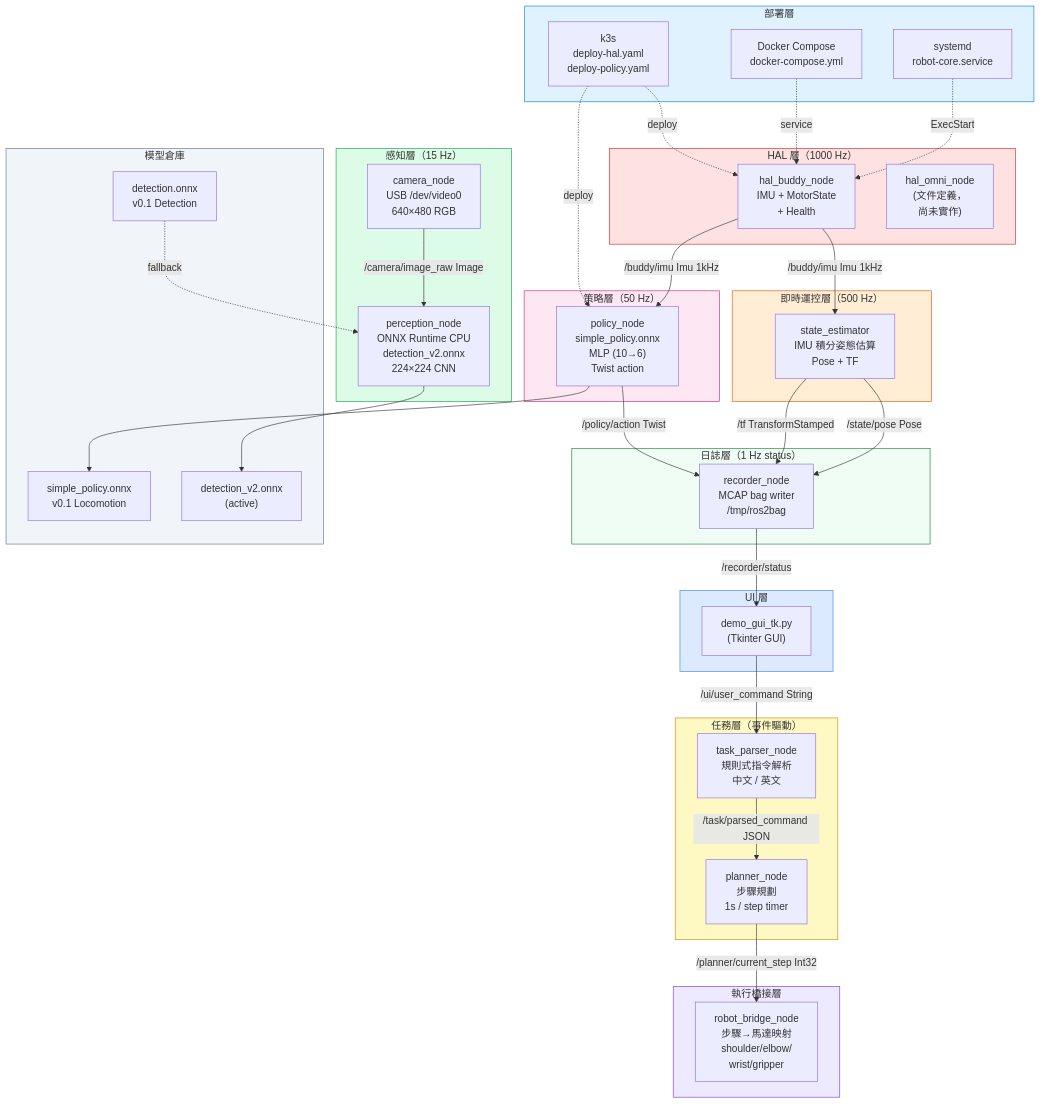
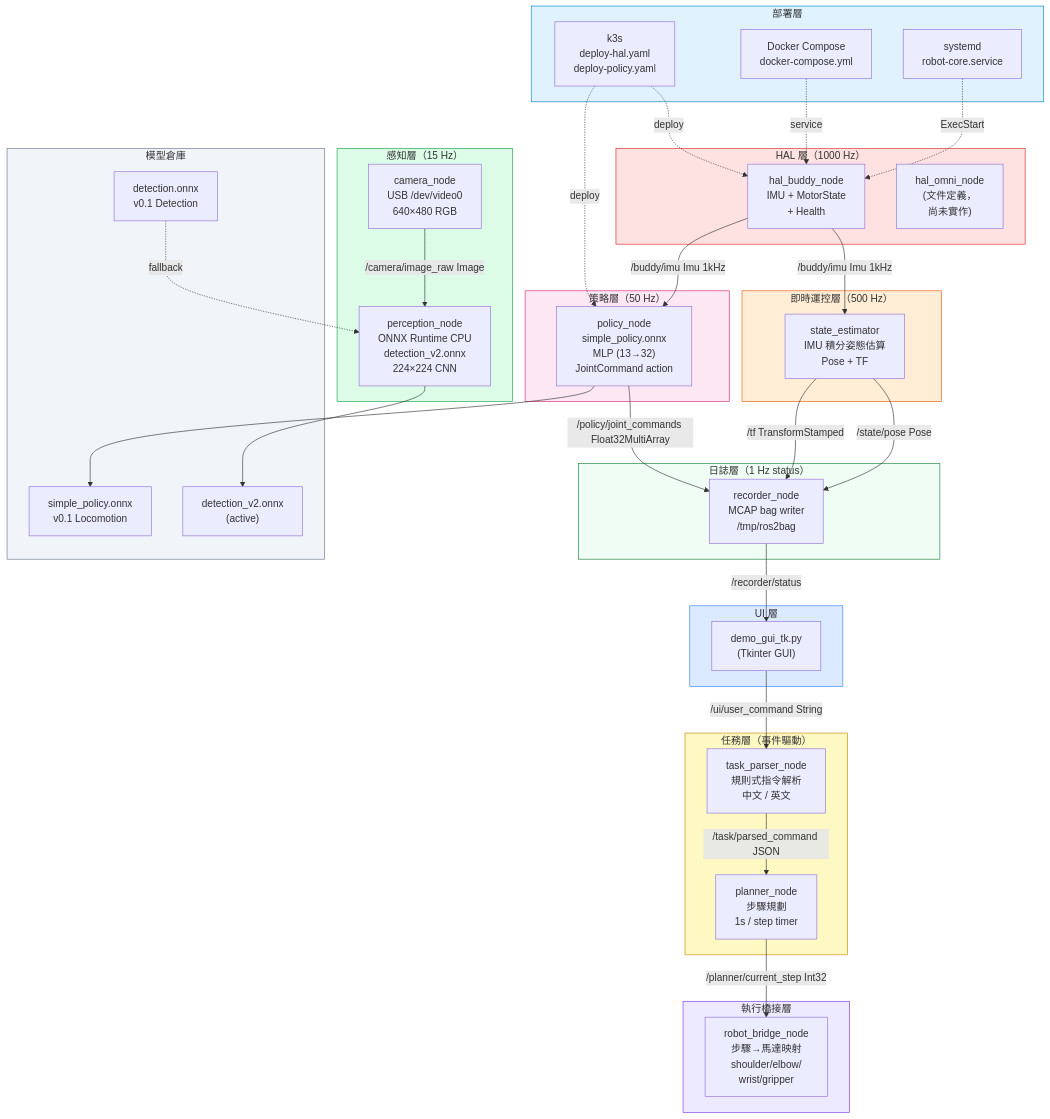
One commit to chinhui741209-dev/robot changed the first of 3 diagrams in docs/architecture_diagrams.md. Above: the diagram before and after it, drawn with Mermaid. The commit also changed other lines of this file and 35 other files, not shown here.

First line of the commit message:
Daily Wrap-up: 2026-05-04 - Full System Architecture Optimization (Phase 1-3) and Post-Eval Fixes

```diff
--- a/docs/architecture_diagrams.md
+++ b/docs/architecture_diagrams.md
@@ -19,7 +19,7 @@
     end
 
     subgraph Policy["策略層（50 Hz）"]
-        POL["policy_node\nsimple_policy.onnx\nMLP (10→6)\nTwist action"]
+        POL["policy_node\nsimple_policy.onnx\nMLP (13→32)\nJointCommand action"]
     end
 
     subgraph HAL["HAL 層（1000 Hz）"]
@@ -64,7 +64,7 @@
     SE -->|"/tf TransformStamped"| REC
 
     POL --> M1
-    POL -->|"/policy/action Twist"| REC
+    POL -->|"/policy/joint_commands Float32MultiArray"| REC
 
     REC -->|"/recorder/status"| GUI
 
```
